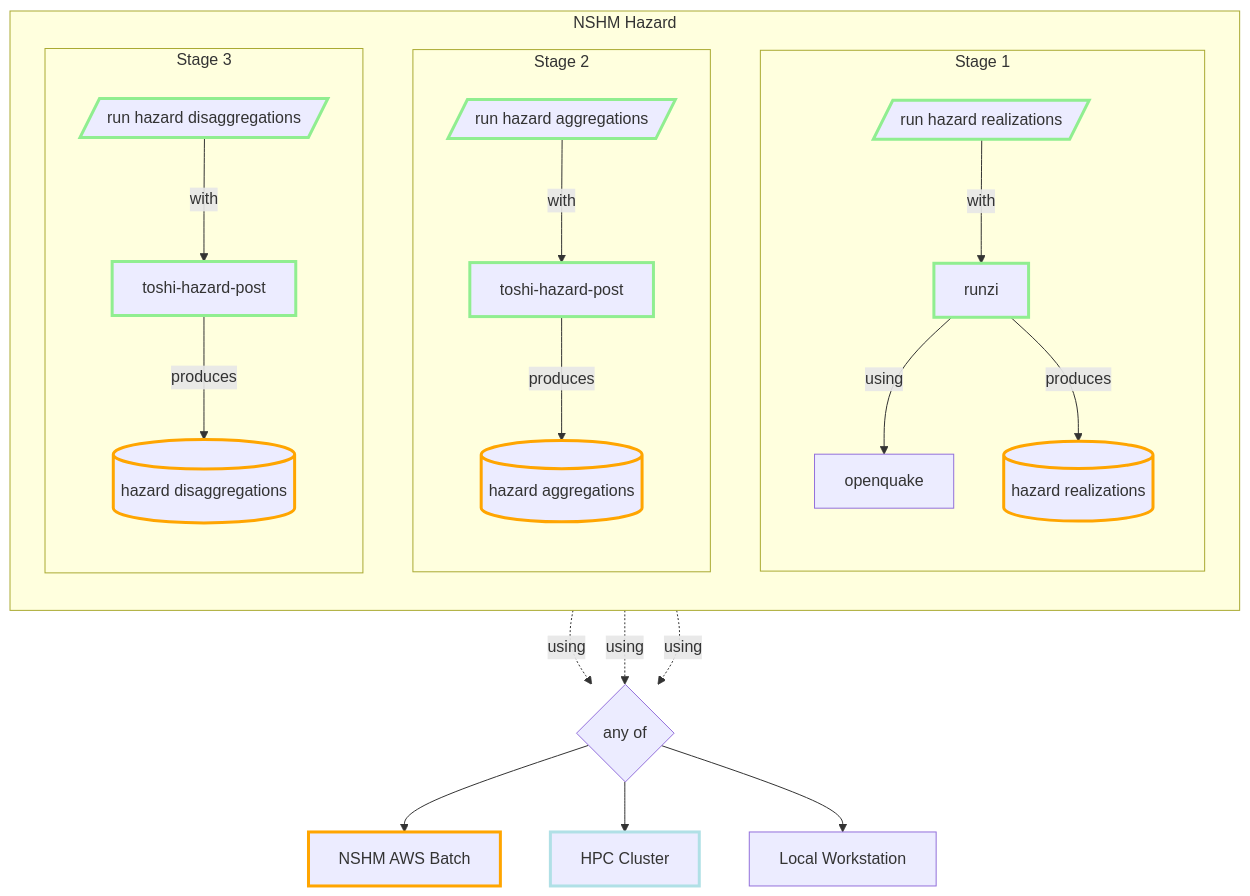
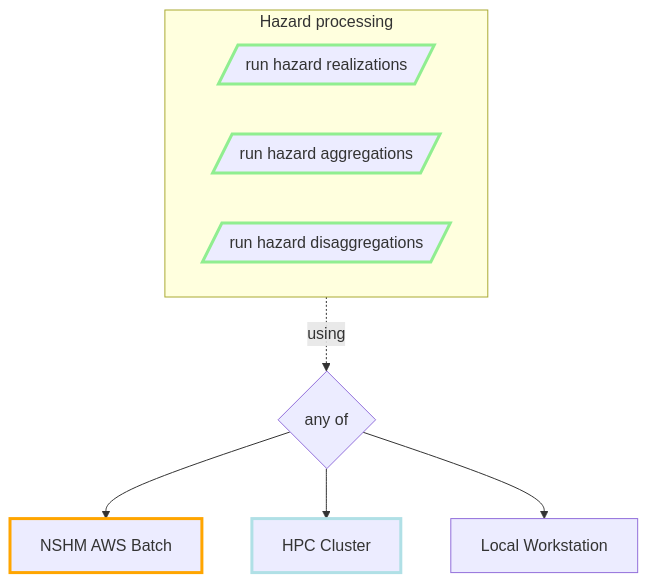
Before and after one commit to GNS-Science/nzshm-documentation: the first of 6 diagrams in docs/science_process/hazard.md, drawn with Mermaid. The commit also changed other lines of this file and 2 other files, not shown here.

Commit message:
content fixes;

````diff
--- a/docs/science_process/hazard.md
+++ b/docs/science_process/hazard.md
@@ -2,61 +3,23 @@
 ```mermaid
 flowchart TD
     classDef nshm stroke:lightgreen, stroke-width:3px
     classDef AWS stroke:orange, stroke-width:3px
     classDef SVC stroke:powderblue, stroke-width:3px   
     
-    subgraph NSHM Hazard
-        direction TB
+    subgraph P1[Hazard processing]
+        RHR[/run hazard realizations/]:::nshm
+        RHA[/run hazard aggregations/]:::nshm
+        RHD[/run hazard disaggregations/]:::nshm
+    end
 
-        subgraph P1[Stage 1]
-            direction TB
-
-            RHR[/run hazard realizations/]:::nshm
-            runzi:::nshm
-            oq[openquake]
-            HR[(hazard realizations)]:::AWS
-
-            RHR --> |with| runzi
-            runzi -->|using| oq 
-            runzi -->|produces| HR
-        end
-
-        subgraph P2[Stage 2]
-            direction TB
-
-            RHA[/run hazard aggregations/]:::nshm
-            thp[toshi-hazard-post]:::nshm
-            HA[(hazard aggregations)]:::AWS
-
-            RHA -->|with| thp
-            thp -->|produces| HA            
-        end
-
-        subgraph P3[Stage 3]
-            direction TB
-
-            RHD[/run hazard disaggregations/]:::nshm
-            thp2[toshi-hazard-post]:::nshm
-            HD[(hazard disaggregations)]:::AWS
-
-            RHD -->|with| thp2
-            thp2 -->|produces| HD            
-        end
-
-    end
     ENV{any of}
     AWS[NSHM AWS Batch]:::AWS
     HPC[HPC Cluster]:::SVC
     LOCAL[Local Workstation]
 
     %% links
     P1 -.-> |using| ENV
-    P2 -.-> |using| ENV
-    P3 -.-> |using| ENV
-
     ENV --> AWS
     ENV --> HPC
-    ENV --> LOCAL
-    
-
+    ENV --> LOCAL      
 ```
````
